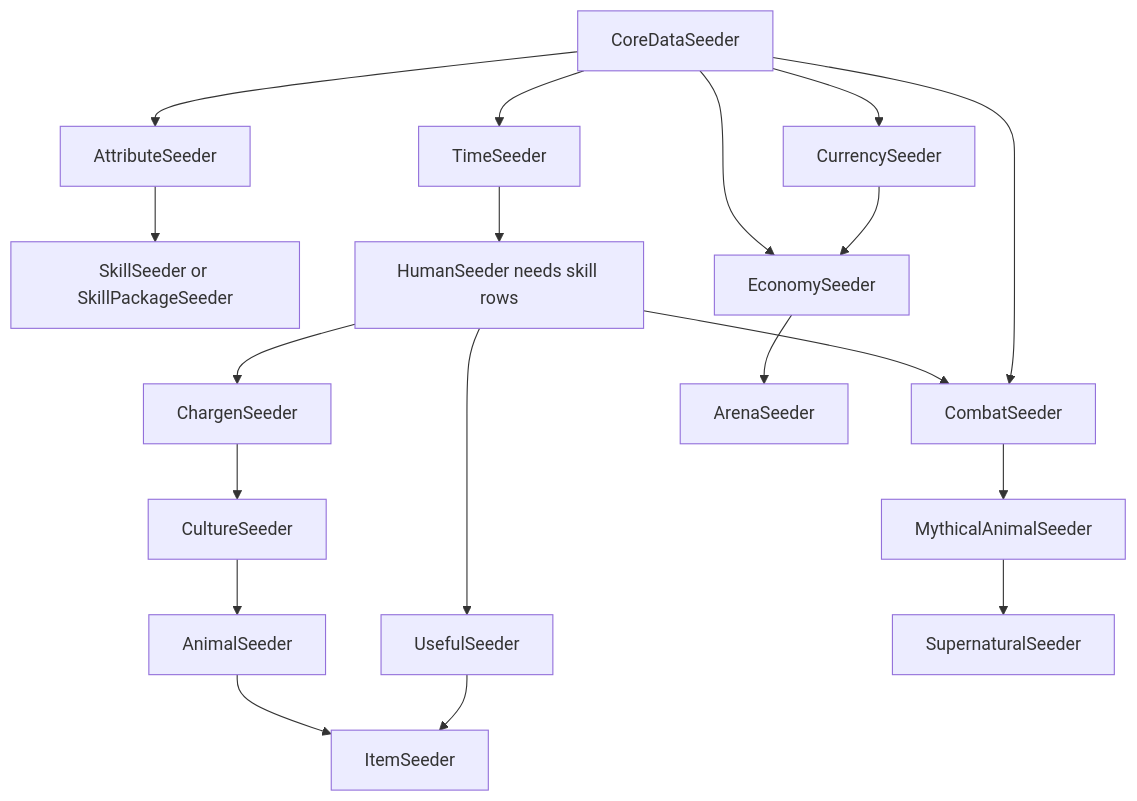
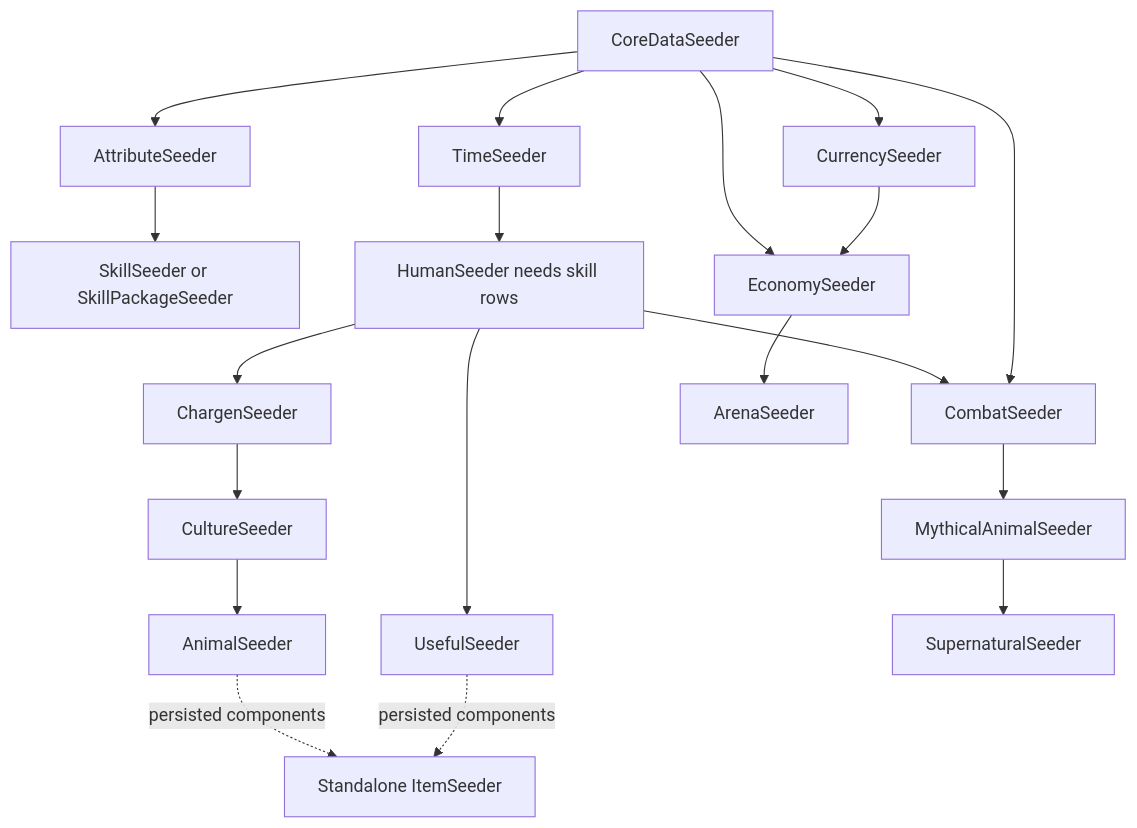
Before and after one commit to FutureMUD/FutureMUD: the diagram in Design Documents/Seeding/Seeders/Dependency_Map.md, drawn with Mermaid. The commit also changed other lines of this file and 2742 other files, not shown here.

Commit message:
Split Item Seeder into an optional standalone product

````diff
--- a/Design Documents/Seeding/Seeders/Dependency_Map.md
+++ b/Design Documents/Seeding/Seeders/Dependency_Map.md
@@ -7,21 +7,21 @@
 ```mermaid
 flowchart TD
     Core[CoreDataSeeder] --> Attributes[AttributeSeeder]
     Core --> Time[TimeSeeder]
     Core --> Currency[CurrencySeeder]
     Attributes --> Skills[SkillSeeder or SkillPackageSeeder]
     Time --> Human[HumanSeeder needs skill rows]
     Human --> Chargen[ChargenSeeder]
     Human --> Useful[UsefulSeeder]
     Chargen --> Culture[CultureSeeder]
     Culture --> Animal[AnimalSeeder]
-    Useful --> Items[ItemSeeder]
-    Animal --> Items
+    Useful -. persisted components .-> Items[Standalone ItemSeeder]
+    Animal -. persisted components .-> Items
     Core --> Combat[CombatSeeder]
     Human --> Combat
     Combat --> Mythical[MythicalAnimalSeeder]
     Mythical --> Supernatural[SupernaturalSeeder]
     Currency --> Economy[EconomySeeder]
     Core --> Economy
     Economy --> Arena[ArenaSeeder]
 ```
````
